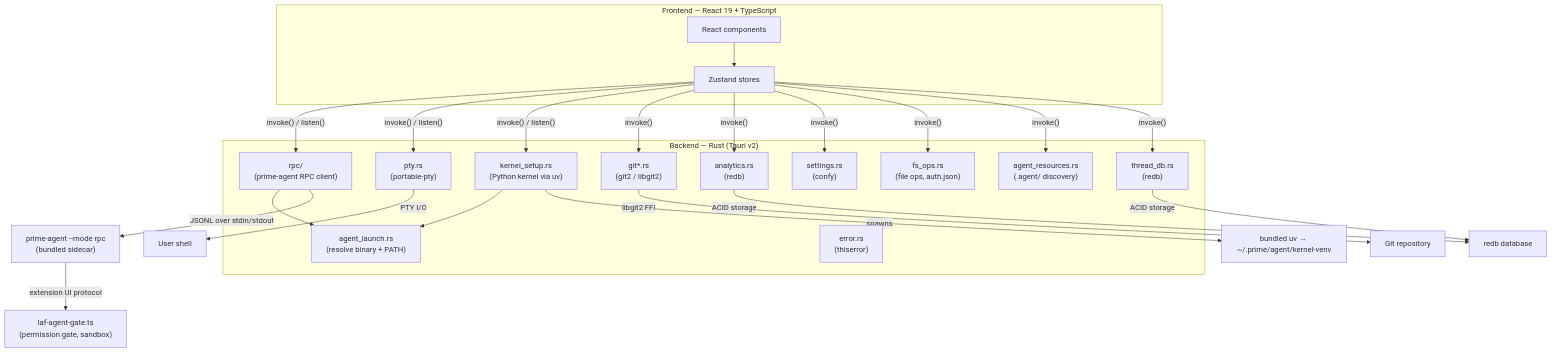
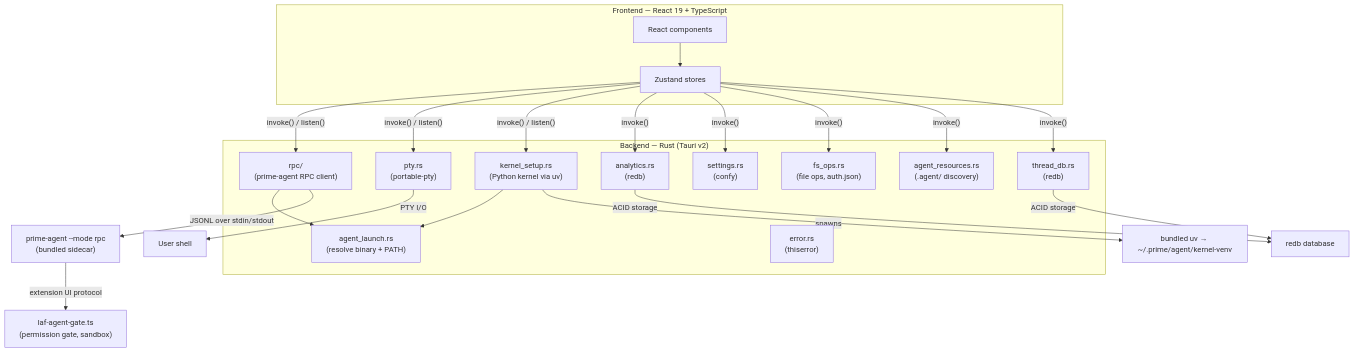
Before and after one commit to LAF-labs/prime: the first of 2 diagrams in docs/architecture.md, drawn with Mermaid. The commit also changed other lines of this file and 75 other files, not shown here.

````diff
--- a/docs/architecture.md
+++ b/docs/architecture.md
@@ -9,42 +9,39 @@
 ```mermaid
 graph TD
   subgraph Frontend["Frontend — React 19 + TypeScript"]
     Zustand["Zustand stores"]
     Components["React components"]
     Components --> Zustand
   end
 
   subgraph Backend["Backend — Rust (Tauri v2)"]
     RPC["rpc/<br/>(prime-agent RPC client)"]
     Launch["agent_launch.rs<br/>(resolve binary + PATH)"]
     Kernel["kernel_setup.rs<br/>(Python kernel via uv)"]
     PTY["pty.rs<br/>(portable-pty)"]
-    Git["git*.rs<br/>(git2 / libgit2)"]
     Analytics["analytics.rs<br/>(redb)"]
     ThreadDB["thread_db.rs<br/>(redb)"]
     Settings["settings.rs<br/>(confy)"]
     FsOps["fs_ops.rs<br/>(file ops, auth.json)"]
     AgentResources["agent_resources.rs<br/>(.agent/ discovery)"]
     Error["error.rs<br/>(thiserror)"]
   end
 
   Zustand -- "invoke() / listen()" --> RPC
   Zustand -- "invoke() / listen()" --> PTY
   Zustand -- "invoke() / listen()" --> Kernel
-  Zustand -- "invoke()" --> Git
   Zustand -- "invoke()" --> Analytics
   Zustand -- "invoke()" --> Settings
   Zustand -- "invoke()" --> FsOps
   Zustand -- "invoke()" --> AgentResources
   Zustand -- "invoke()" --> ThreadDB
 
   RPC --> Launch
   Kernel --> Launch
   RPC -- "JSONL over stdin/stdout" --> Agent["prime-agent --mode rpc<br/>(bundled sidecar)"]
   Agent -- "extension UI protocol" --> Gate["laf-agent-gate.ts<br/>(permission gate, sandbox)"]
   Kernel -- "spawns" --> Uv["bundled uv → ~/.prime/agent/kernel-venv"]
   PTY -- "PTY I/O" --> Shell["User shell"]
-  Git -- "libgit2 FFI" --> Repo["Git repository"]
   Analytics -- "ACID storage" --> ReDB["redb database"]
   ThreadDB -- "ACID storage" --> ReDB
 ```
````
